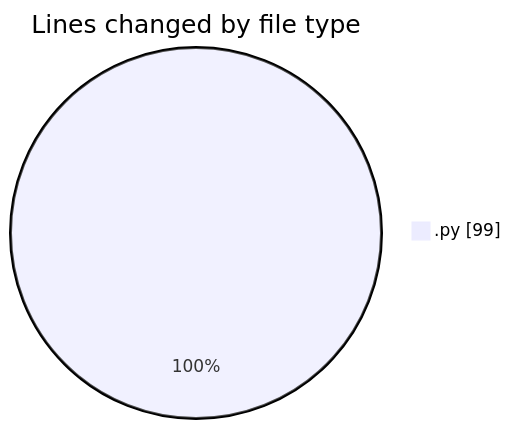
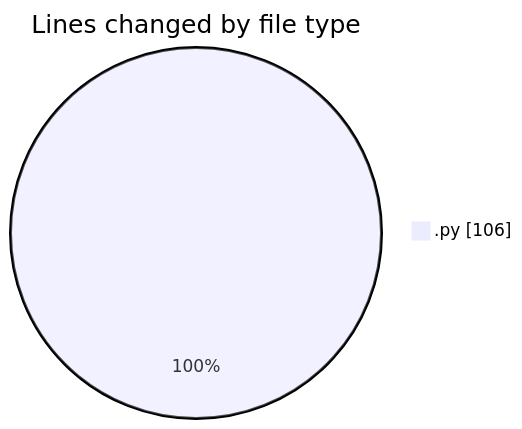
The first of 2 diagrams in 2025-03-16/myws__workspace_/README.md (MatusMokan/code-tracking), drawn with Mermaid before and after one commit. The commit also changed other lines of this file and 1 other file, not shown here.

````diff
--- a/2025-03-16/myws__workspace_/README.md
+++ b/2025-03-16/myws__workspace_/README.md
@@ -21,5 +21,5 @@
 ```mermaid
 pie showData
 title Lines changed by file type
-".py" : 99
+".py" : 106
 ```
````
